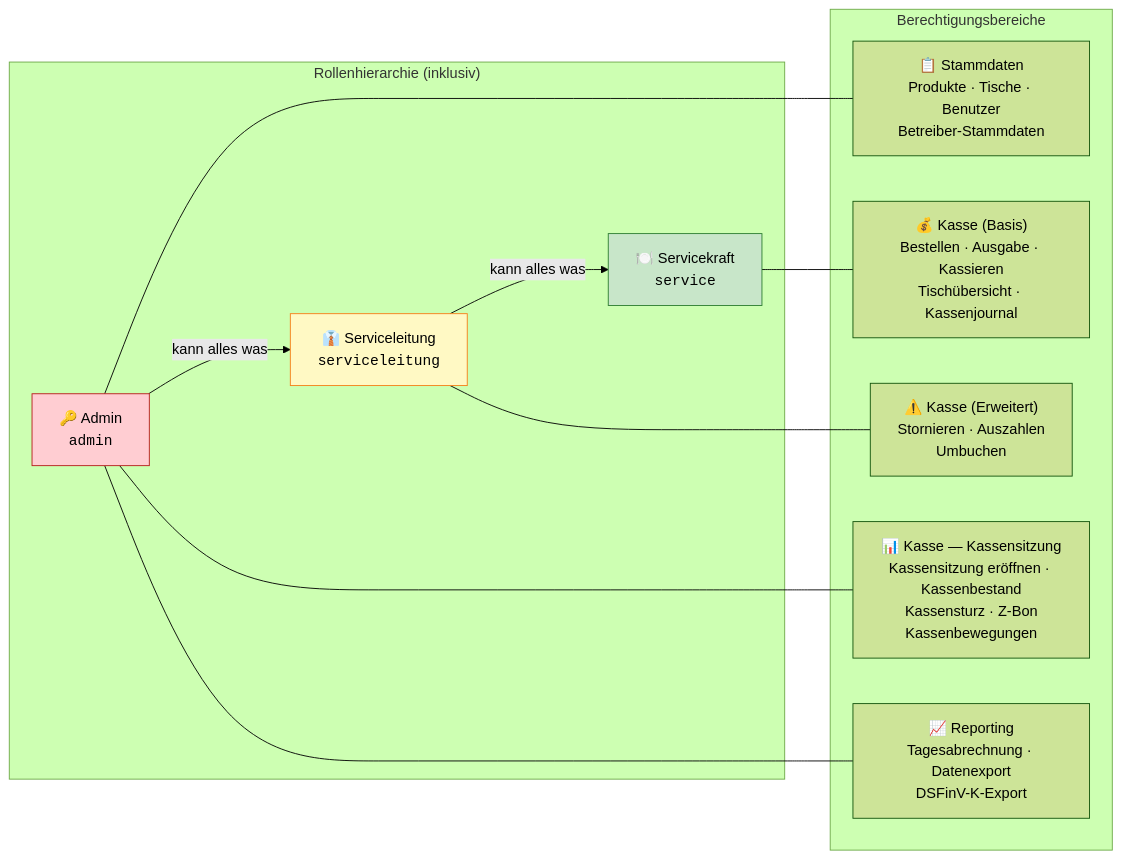
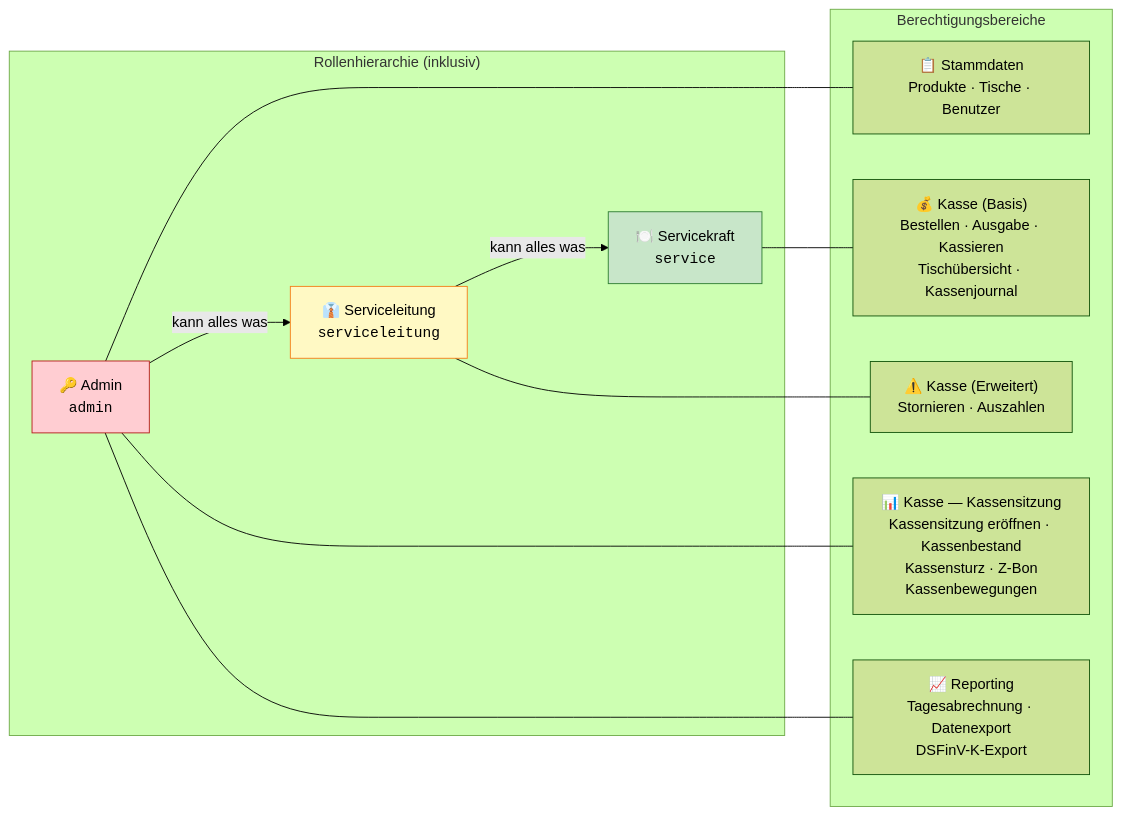
Before and after one commit to nicograef/jotti: the third of 19 diagrams in docs/diagrams.md, drawn with Mermaid (forest theme). The commit also changed other lines of this file and 6 other files, not shown here.

````diff
--- a/docs/diagrams.md
+++ b/docs/diagrams.md
@@ -99,28 +99,28 @@
 ```mermaid
 graph LR
     subgraph rollen ["Rollenhierarchie (inklusiv)"]
         admin["🔑 Admin<br/><code>admin</code>"]
         sl["👔 Serviceleitung<br/><code>serviceleitung</code>"]
         sk["🍽️ Servicekraft<br/><code>service</code>"]
         admin -->|"kann alles was"| sl
         sl -->|"kann alles was"| sk
     end
 
     subgraph bereiche ["Berechtigungsbereiche"]
-        stamm["📋 Stammdaten<br/>Produkte · Tische · Benutzer<br/>Betreiber-Stammdaten"]
+        stamm["📋 Stammdaten<br/>Produkte · Tische · Benutzer"]
         basis["💰 Kasse (Basis)<br/>Bestellen · Ausgabe · Kassieren<br/>Tischübersicht · Kassenjournal"]
-        erweitert["⚠️ Kasse (Erweitert)<br/>Stornieren · Auszahlen<br/>Umbuchen"]
+        erweitert["⚠️ Kasse (Erweitert)<br/>Stornieren · Auszahlen"]
         kf["📊 Kasse — Kassensitzung<br/>Kassensitzung eröffnen · Kassenbestand<br/>Kassensturz · Z-Bon<br/>Kassenbewegungen"]
         reporting["📈 Reporting<br/>Tagesabrechnung · Datenexport<br/>DSFinV-K-Export"]
     end
 
     admin --- stamm
     admin --- kf
     admin --- reporting
     sl --- erweitert
     sk --- basis
 
     style admin fill:#ffcdd2,stroke:#b71c1c
     style sl fill:#fff9c4,stroke:#f57f17
     style sk fill:#c8e6c9,stroke:#2e7d32
 ```
````
